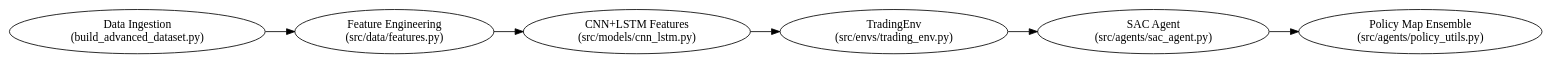
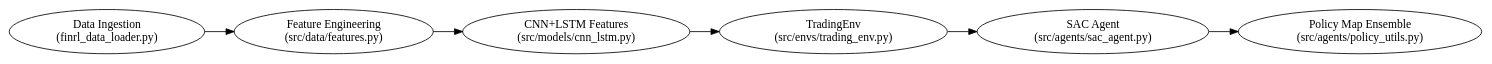
One commit to Zzzero-hash/trading-rl-agent changed the diagram in docs/img/architecture_pipeline.gv. Above: the diagram before and after it, drawn with Graphviz. The commit also changed 20 other files, not shown here.

```diff
--- a/docs/img/architecture_pipeline.gv
+++ b/docs/img/architecture_pipeline.gv
@@ -1,12 +1,12 @@
 digraph G {
   rankdir=LR;
-  DataIngestion [label="Data Ingestion\n(build_advanced_dataset.py)"];
+  DataIngestion [label="Data Ingestion\n(finrl_data_loader.py)"];
   FeatureEngineering [label="Feature Engineering\n(src/data/features.py)"];
   CNNLSTMExtractor [label="CNN+LSTM Features\n(src/models/cnn_lstm.py)"];
   TradingEnv [label="TradingEnv\n(src/envs/trading_env.py)"];
   SAC [label="SAC Agent\n(src/agents/sac_agent.py)"];
   Ensemble [label="Policy Map Ensemble\n(src/agents/policy_utils.py)"];
   DataIngestion -> FeatureEngineering -> CNNLSTMExtractor -> TradingEnv;
   TradingEnv -> SAC;
   SAC -> Ensemble;
 }
```
